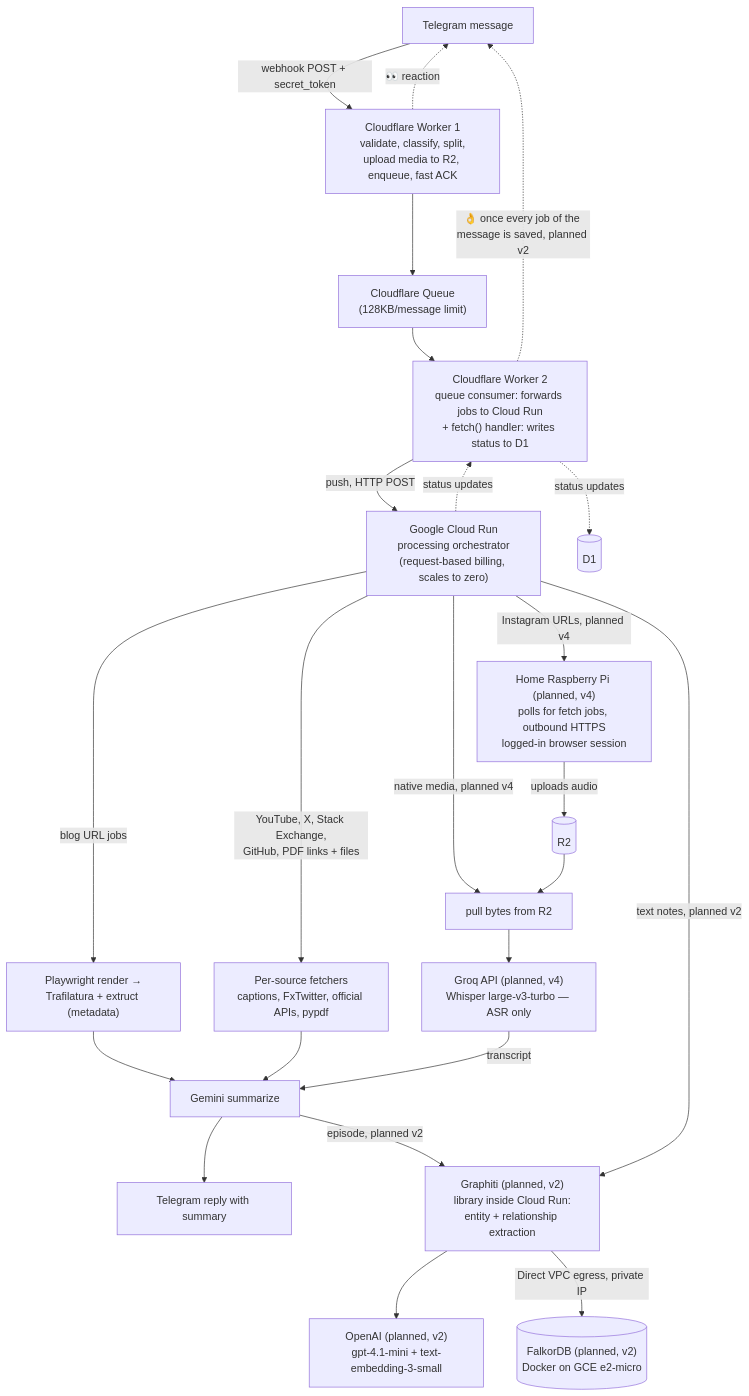
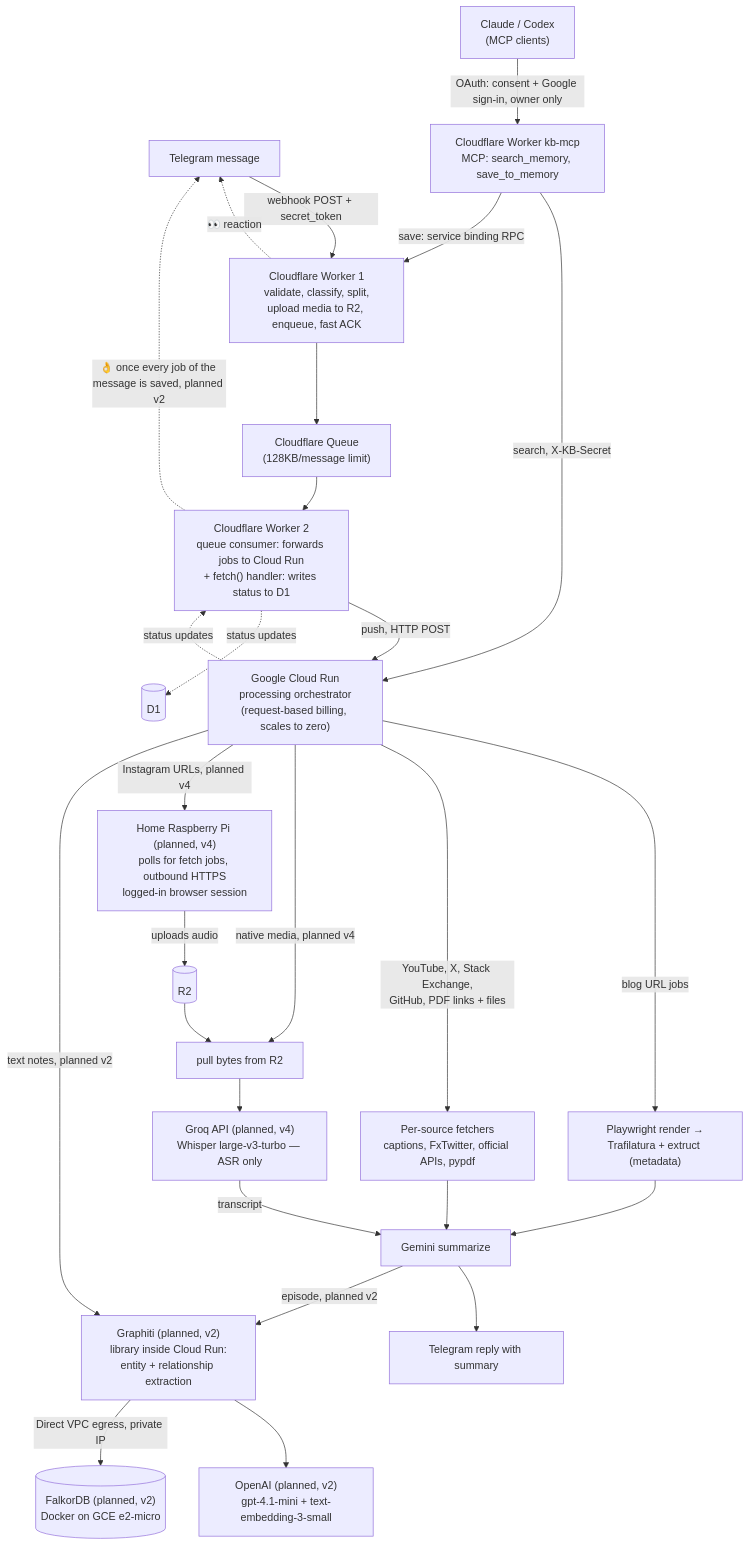
The diagram in docs/architecture.mmd (aayush7511/telegram-knowledge-base), drawn with Mermaid before and after one commit. The commit also changed 20 other files, not shown here.

First line of the commit message:
feat(mcp): kb-mcp — MCP connector with Google sign-in and free-tier caps

```diff
--- a/docs/architecture.mmd
+++ b/docs/architecture.mmd
@@ -1,28 +1,32 @@
 flowchart TD
     TG[Telegram message] -->|webhook POST + secret_token| W1["Cloudflare Worker 1<br/>validate, classify, split,<br/>upload media to R2, enqueue, fast ACK"]
     W1 -.->|👀 reaction| TG
     W1 --> Q["Cloudflare Queue<br/>(128KB/message limit)"]
     Q --> W2["Cloudflare Worker 2<br/>queue consumer: forwards jobs to Cloud Run<br/>+ fetch() handler: writes status to D1"]
     W2 -->|push, HTTP POST| CR["Google Cloud Run<br/>processing orchestrator<br/>(request-based billing, scales to zero)"]
 
     CR -->|blog URL jobs| BLOG["Playwright render →<br/>Trafilatura + extruct (metadata)"]
     BLOG --> SUM["Gemini summarize"]
     CR -->|YouTube, X, Stack Exchange,<br/>GitHub, PDF links + files| SRC["Per-source fetchers<br/>captions, FxTwitter, official APIs, pypdf"]
     SRC --> SUM
     SUM --> REPLY[Telegram reply with summary]
 
     CR -->|native media, planned v4| MEDIA["pull bytes from R2"]
     CR -->|Instagram URLs, planned v4| PI["Home Raspberry Pi (planned, v4)<br/>polls for fetch jobs, outbound HTTPS<br/>logged-in browser session"]
     PI -->|uploads audio| R2[(R2)]
     R2 --> MEDIA
     MEDIA --> GROQ["Groq API (planned, v4)<br/>Whisper large-v3-turbo — ASR only"]
     GROQ -->|transcript| SUM
 
     SUM -->|episode, planned v2| GRAPHITI["Graphiti (planned, v2)<br/>library inside Cloud Run:<br/>entity + relationship extraction"]
     CR -->|text notes, planned v2| GRAPHITI
     GRAPHITI --> GLLM["OpenAI (planned, v2)<br/>gpt-4.1-mini + text-embedding-3-small"]
     GRAPHITI -->|Direct VPC egress, private IP| KG[("FalkorDB (planned, v2)<br/>Docker on GCE e2-micro")]
 
+    MC["Claude / Codex<br/>(MCP clients)"] -->|OAuth: consent + Google sign-in, owner only| MCPW["Cloudflare Worker kb-mcp<br/>MCP: search_memory, save_to_memory"]
+    MCPW -->|search, X-KB-Secret| CR
+    MCPW -->|save: service binding RPC| W1
+
     CR -.->|status updates| W2
     W2 -.->|status updates| D1[(D1)]
     W2 -.->|👌 once every job of the message is saved, planned v2| TG
```
